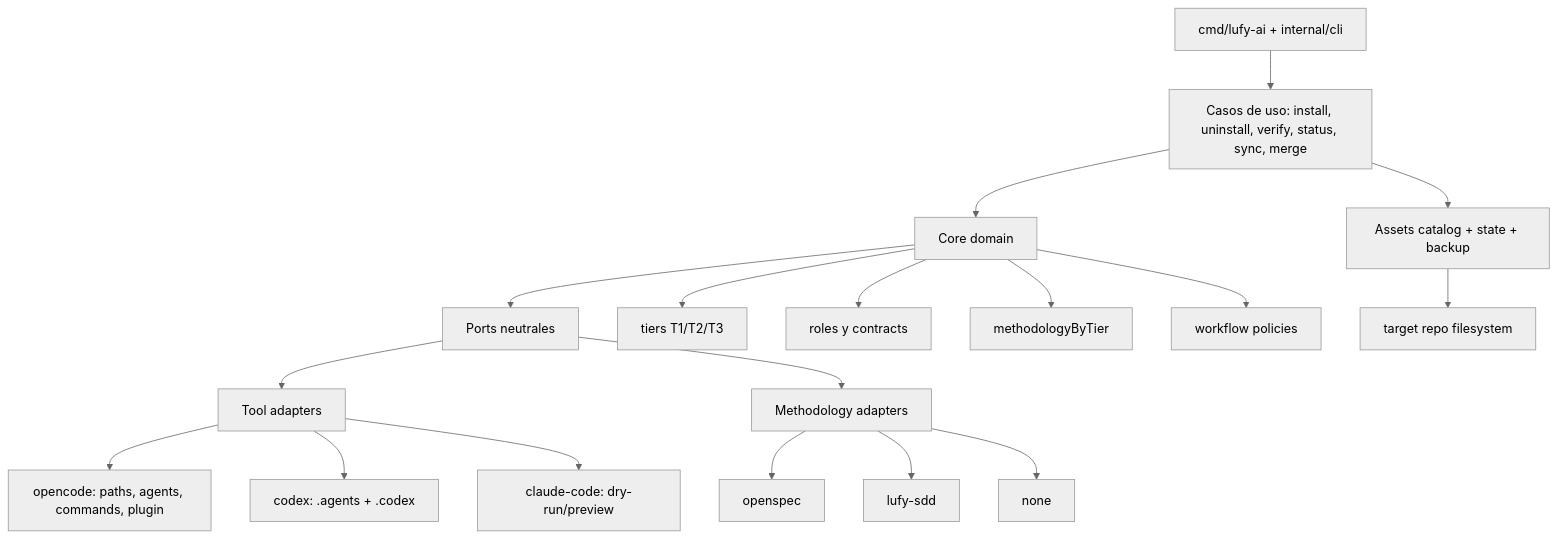
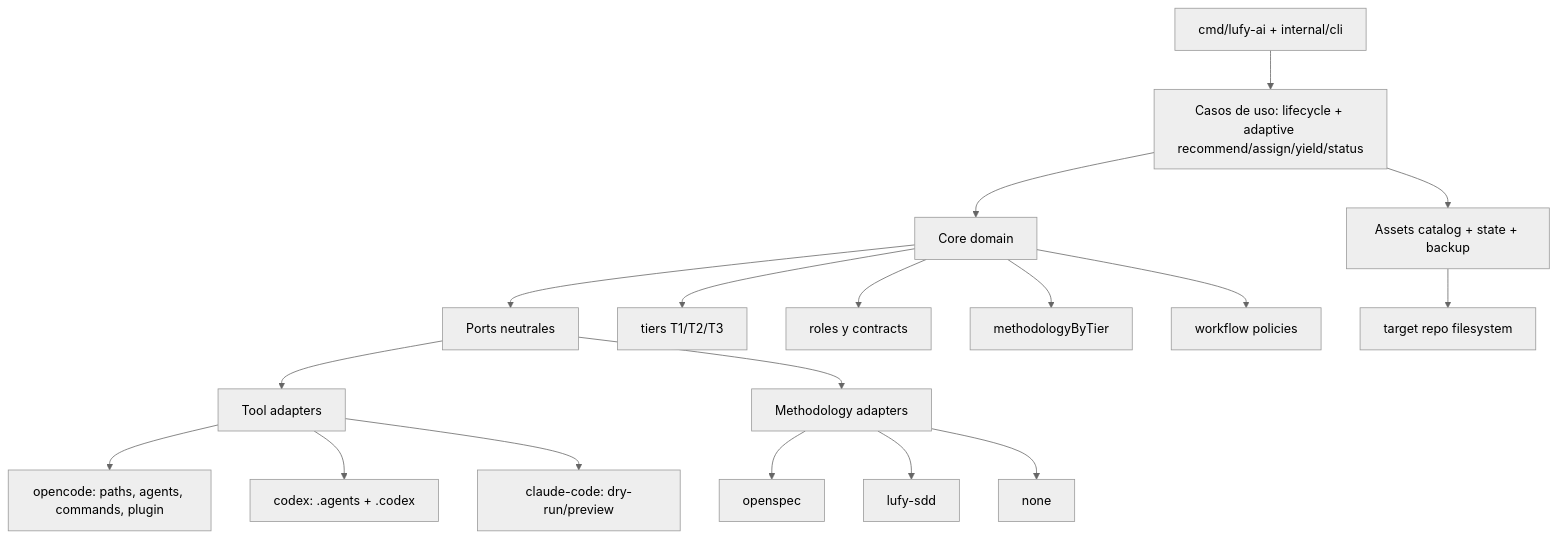
Before and after one commit to adrotech/lufy-ai: the first of 4 diagrams in docs/architecture.md, drawn with Mermaid (neutral theme). The commit also changed other lines of this file and 67 other files, not shown here.

Commit message:
feat(adaptive): incorporar asignacion y yield auditables

````diff
--- a/docs/architecture.md
+++ b/docs/architecture.md
@@ -30,24 +30,24 @@
 ```mermaid
 flowchart TD
-    CLI["cmd/lufy-ai + internal/cli"] --> App["Casos de uso: install, uninstall, verify, status, sync, merge"]
+    CLI["cmd/lufy-ai + internal/cli"] --> App["Casos de uso: lifecycle + adaptive recommend/assign/yield/status"]
     App --> Domain["Core domain"]
     Domain --> Ports["Ports neutrales"]
     Ports --> ToolAdapters["Tool adapters"]
     Ports --> MethodAdapters["Methodology adapters"]
     App --> Assets["Assets catalog + state + backup"]
 
     Domain --> D1["tiers T1/T2/T3"]
     Domain --> D2["roles y contracts"]
     Domain --> D3["methodologyByTier"]
     Domain --> D4["workflow policies"]
 
     ToolAdapters --> OC["opencode: paths, agents, commands, plugin"]
     ToolAdapters --> CX["codex: .agents + .codex"]
     ToolAdapters --> CC["claude-code: dry-run/preview"]
 
     MethodAdapters --> OS["openspec"]
     MethodAdapters --> LS["lufy-sdd"]
     MethodAdapters --> NN["none"]
 
     Assets --> FS["target repo filesystem"]
 ```
````
